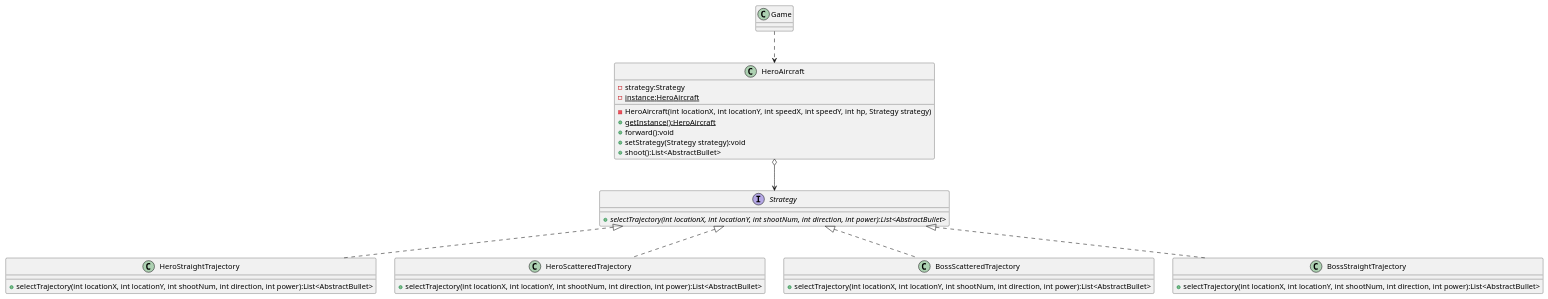
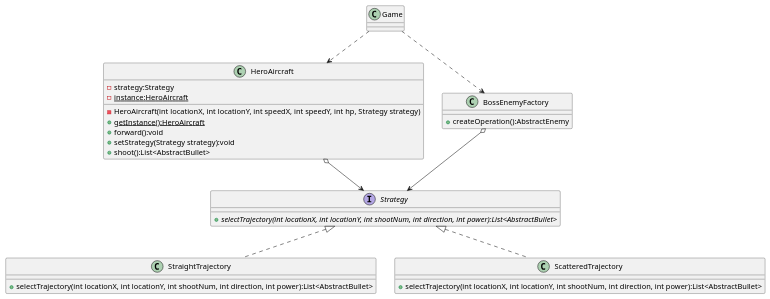
The diagram in uml/策略模式-弹道.puml (DANNY-DOTS-CONNECTER/Java-course), drawn with PlantUML before and after one commit.

Commit message:
修改UML策略模式类图

```diff
--- a/uml/策略模式-弹道.puml
+++ b/uml/策略模式-弹道.puml
@@ -1,41 +1,38 @@
 @startuml
 'https://plantuml.com/class-diagram
 
 Interface Strategy{
     + {abstract} selectTrajectory(int locationX, int locationY, int shootNum, int direction, int power):List<AbstractBullet>
 }
 
-class HeroStraightTrajectory implements Strategy{
+class StraightTrajectory implements Strategy{
     + selectTrajectory(int locationX, int locationY, int shootNum, int direction, int power):List<AbstractBullet>
 }
 
-class HeroScatteredTrajectory implements Strategy{
-    + selectTrajectory(int locationX, int locationY, int shootNum, int direction, int power):List<AbstractBullet>
-}
-
-class BossScatteredTrajectory implements Strategy{
-    + selectTrajectory(int locationX, int locationY, int shootNum, int direction, int power):List<AbstractBullet>
-}
-
-class BossStraightTrajectory implements Strategy{
+class ScatteredTrajectory implements Strategy{
     + selectTrajectory(int locationX, int locationY, int shootNum, int direction, int power):List<AbstractBullet>
 }
 
 class HeroAircraft{
     - strategy:Strategy
     - {static} instance:HeroAircraft
     - HeroAircraft(int locationX, int locationY, int speedX, int speedY, int hp, Strategy strategy)
     + {static} getInstance():HeroAircraft
     + forward():void
     + setStrategy(Strategy strategy):void
     + shoot():List<AbstractBullet>
 }
 
+class BossEnemyFactory {
+    + createOperation():AbstractEnemy
+}
+
 class Game{
 }
 
 Game ..> HeroAircraft
-HeroAircraft o-->Strategy
-
+Game ..> BossEnemyFactory
+HeroAircraft o--> Strategy
+BossEnemyFactory o--> Strategy
 
 @enduml
```
